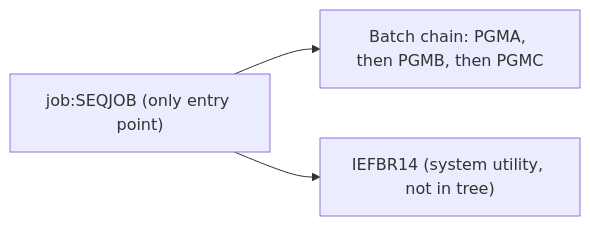
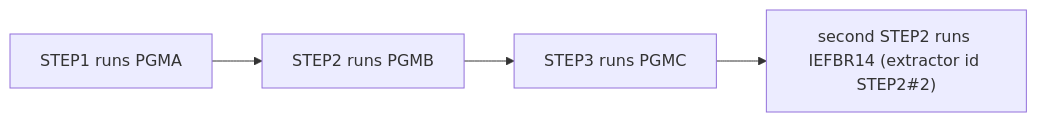
The diagram in evals/runs/08-temporal-steps/modernization-assessment/02-coupling.md (Sparq-Holding-Inc/claude-legacy-modernization), drawn with Mermaid before and after one commit. The commit also changed other lines of this file and 217 other files, not shown here.

````diff
--- a/evals/runs/08-temporal-steps/modernization-assessment/02-coupling.md
+++ b/evals/runs/08-temporal-steps/modernization-assessment/02-coupling.md
@@ -31,5 +38,6 @@
 ```mermaid
-graph LR
-  SEQJOB["job:SEQJOB (only entry point)"] --> C1["Batch chain: PGMA, then PGMB, then PGMC"]
-  SEQJOB --> X["IEFBR14 (system utility, not in tree)"]
+flowchart LR
+    S1["STEP1 runs PGMA"] --> S2["STEP2 runs PGMB"]
+    S2 --> S3["STEP3 runs PGMC"]
+    S3 --> S2b["second STEP2 runs IEFBR14 (extractor id STEP2#2)"]
 ```
````
